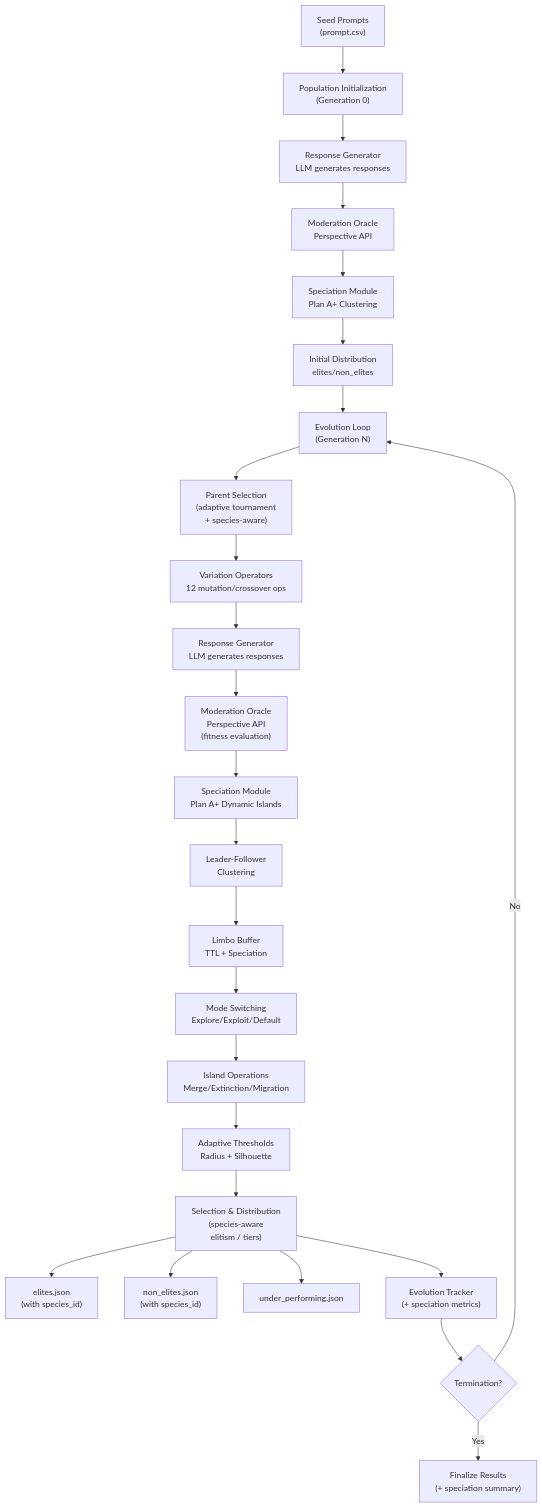
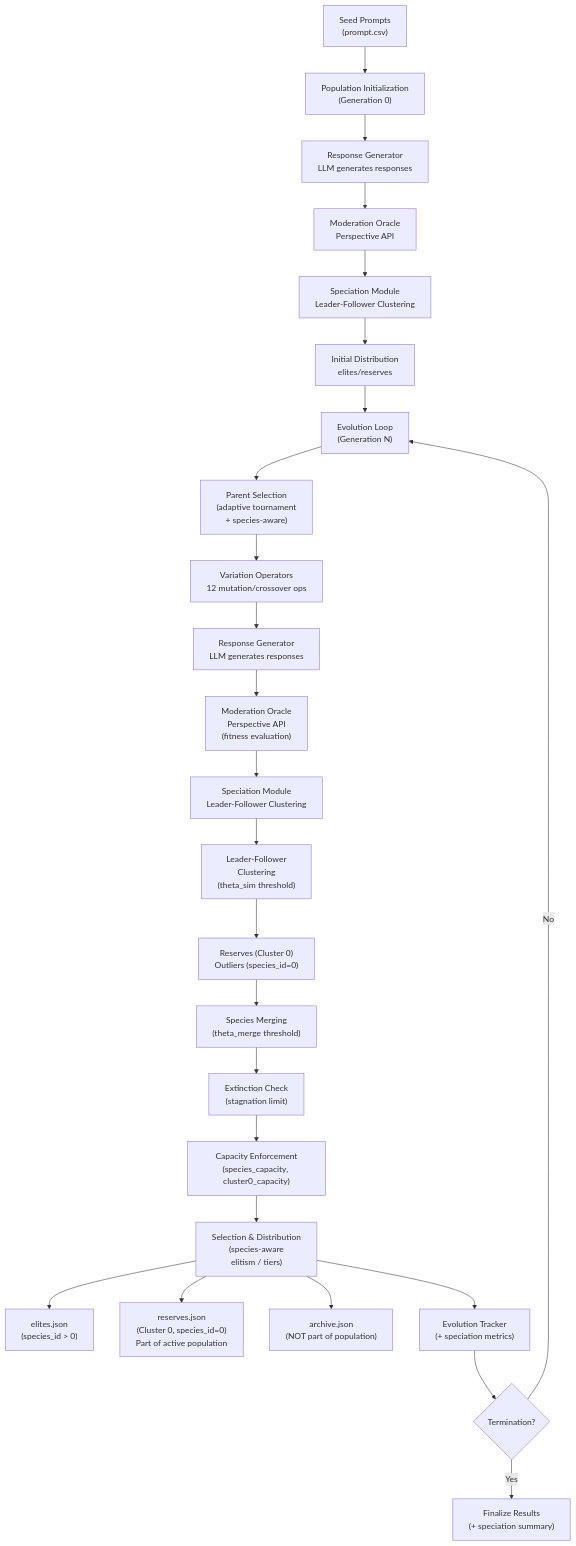
The first of 2 diagrams in ARCHITECTURE.md (Onkar2102/ToxSearch), drawn with Mermaid before and after one commit. The commit also changed other lines of this file and 24 other files, not shown here.

First line of the commit message:
Updated architecture and process flow documentation to reflect changes in speciation framework

````diff
--- a/ARCHITECTURE.md
+++ b/ARCHITECTURE.md
@@ -40,31 +42,31 @@
 ```mermaid
 flowchart TB
   IN["Seed Prompts<br/>(prompt.csv)"] --> INIT["Population Initialization<br/>(Generation 0)"]
   INIT --> RG0["Response Generator<br/>LLM generates responses"]
   RG0 --> MOD0["Moderation Oracle<br/>Perspective API"]
-  MOD0 --> SPEC0["Speciation Module<br/>Plan A+ Clustering"]
-  SPEC0 --> CLS0["Initial Distribution<br/>elites/non_elites"]
+  MOD0 --> SPEC0["Speciation Module<br/>Leader-Follower Clustering"]
+  SPEC0 --> CLS0["Initial Distribution<br/>elites/reserves"]
   
   CLS0 --> LOOP["Evolution Loop<br/>(Generation N)"]
   
   LOOP --> SEL["Parent Selection<br/>(adaptive tournament<br/>+ species-aware)"]
   SEL --> VAR["Variation Operators<br/>12 mutation/crossover ops"]
   VAR --> RG["Response Generator<br/>LLM generates responses"]
   RG --> MOD["Moderation Oracle<br/>Perspective API<br/>(fitness evaluation)"]
-  MOD --> SPEC["Speciation Module<br/>Plan A+ Dynamic Islands"]
+  MOD --> SPEC["Speciation Module<br/>Leader-Follower Clustering"]
   
-  SPEC --> SPEC1["Leader-Follower<br/>Clustering"]
-  SPEC1 --> SPEC2["Limbo Buffer<br/>TTL + Speciation"]
-  SPEC2 --> SPEC3["Mode Switching<br/>Explore/Exploit/Default"]
-  SPEC3 --> SPEC4["Island Operations<br/>Merge/Extinction/Migration"]
-  SPEC4 --> SPEC5["Adaptive Thresholds<br/>Radius + Silhouette"]
+  SPEC --> SPEC1["Leader-Follower<br/>Clustering<br/>(theta_sim threshold)"]
+    SPEC1 --> SPEC2["Reserves (Cluster 0)<br/>Outliers (species_id=0)"]
+  SPEC2 --> SPEC3["Species Merging<br/>(theta_merge threshold)"]
+  SPEC3 --> SPEC4["Extinction Check<br/>(stagnation limit)"]
+  SPEC4 --> SPEC5["Capacity Enforcement<br/>(species_capacity, cluster0_capacity)"]
   
   SPEC5 --> CLS["Selection & Distribution<br/>(species-aware<br/>elitism / tiers)"]
-  CLS --> EL["elites.json<br/>(with species_id)"]
-  CLS --> NE["non_elites.json<br/>(with species_id)"]
-  CLS --> UP["under_performing.json"]
+  CLS --> EL["elites.json<br/>(species_id > 0)"]
+  CLS --> RES["reserves.json<br/>(Cluster 0, species_id=0)<br/>Part of active population"]
+  CLS --> ARCH["archive.json<br/>(NOT part of population)"]
   CLS --> TRACK["Evolution Tracker<br/>(+ speciation metrics)"]
   TRACK --> TERM{"Termination?"}
   TERM -->|No| LOOP
   TERM -->|Yes| DONE["Finalize Results<br/>(+ speciation summary)"]
 ```
````
